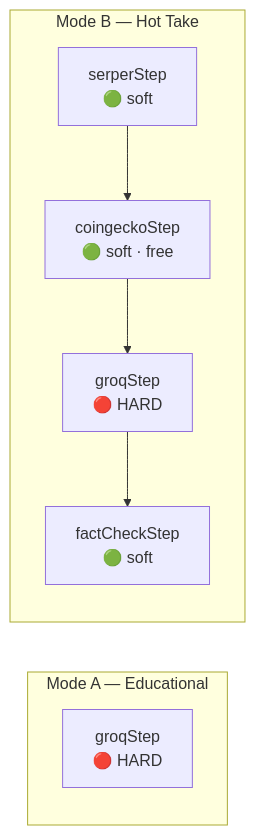
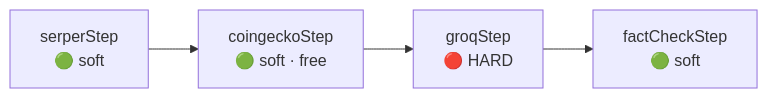
The sixth of 13 diagrams in docs/ARCHITECTURE.md (hms1499/shippost), drawn with Mermaid before and after one commit. The commit also changed other lines of this file and 1 other file, not shown here.

````diff
--- a/docs/ARCHITECTURE.md
+++ b/docs/ARCHITECTURE.md
@@ -175,9 +194,4 @@
 ```mermaid
 flowchart LR
-    subgraph A["Mode A — Educational"]
-        gA["groqStep<br/>🔴 HARD"]
-    end
-    subgraph B["Mode B — Hot Take"]
-        s["serperStep<br/>🟢 soft"] --> c["coingeckoStep<br/>🟢 soft · free"] --> g["groqStep<br/>🔴 HARD"] --> f["factCheckStep<br/>🟢 soft"]
-    end
+    s["serperStep<br/>🟢 soft"] --> c["coingeckoStep<br/>🟢 soft · free"] --> g["groqStep<br/>🔴 HARD"] --> f["factCheckStep<br/>🟢 soft"]
 ```
````
